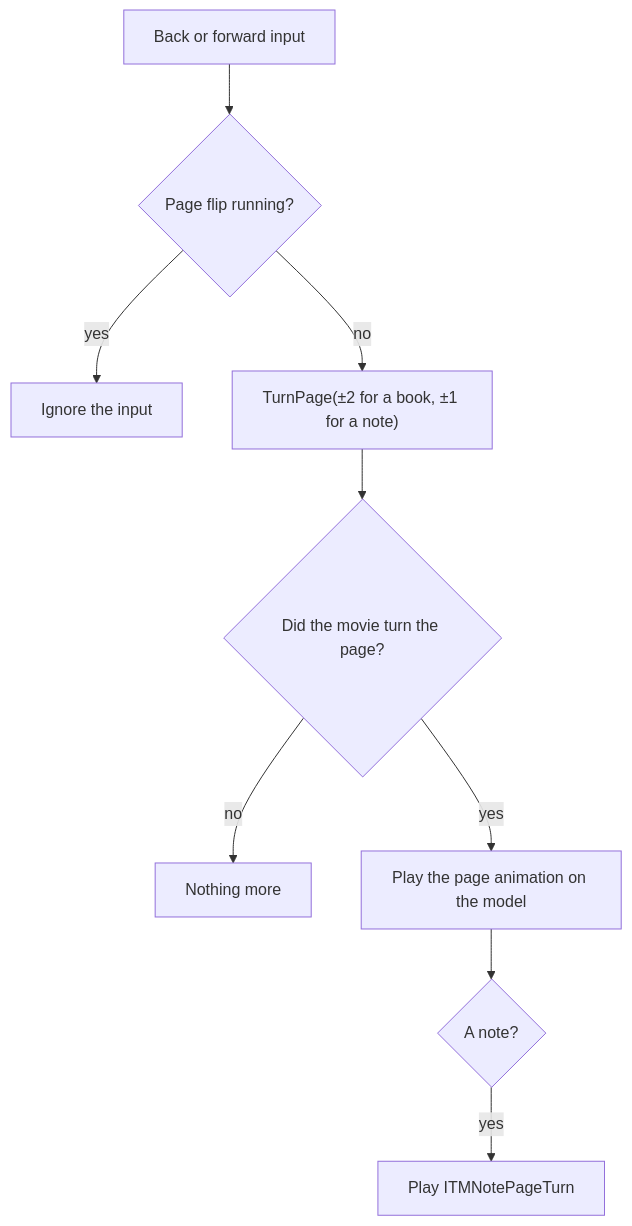
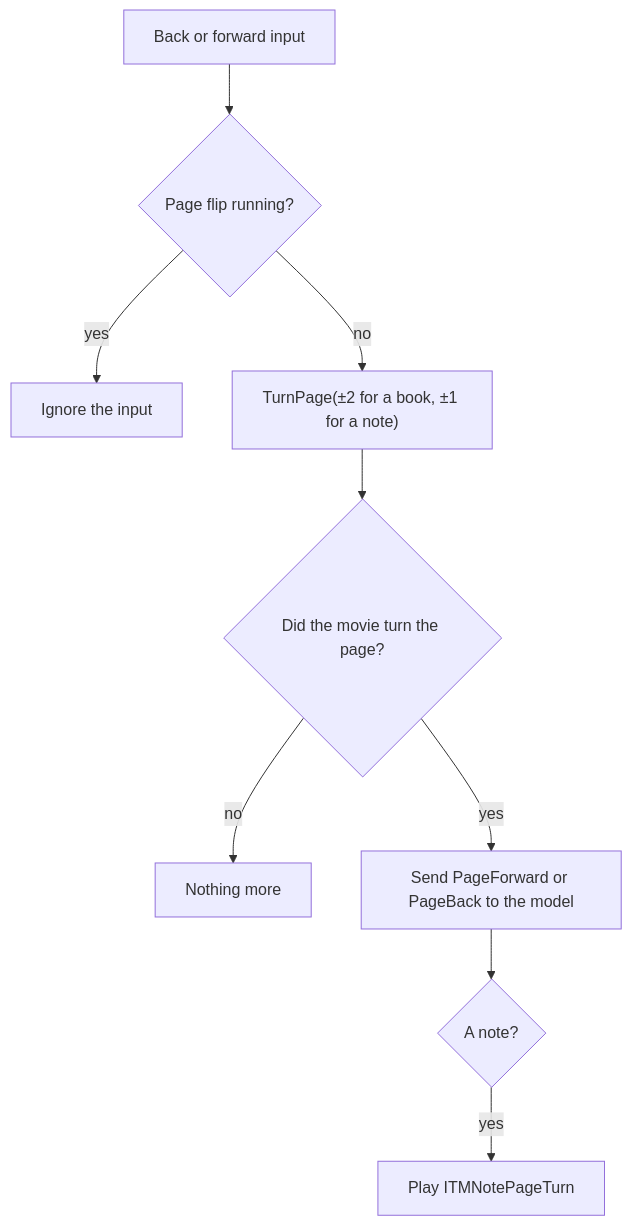
Before and after one commit to jjgroenendijk/opensky: the diagram in docs/engine/books.md, drawn with Mermaid. The commit also changed other lines of this file and 2 other files, not shown here.

````diff
--- a/docs/engine/books.md
+++ b/docs/engine/books.md
@@ -65,11 +113,11 @@
 ```mermaid
 flowchart TD
     Key[Back or forward input] --> Flip{Page flip running?}
     Flip -->|yes| Ignore[Ignore the input]
     Flip -->|no| Turn["TurnPage(±2 for a book, ±1 for a note)"]
     Turn --> Moved{Did the movie turn the page?}
     Moved -->|no| Stay[Nothing more]
-    Moved -->|yes| Anim[Play the page animation on the model]
+    Moved -->|yes| Anim[Send PageForward or PageBack to the model]
     Anim --> Note{A note?}
     Note -->|yes| Sound[Play ITMNotePageTurn]
 ```
````
